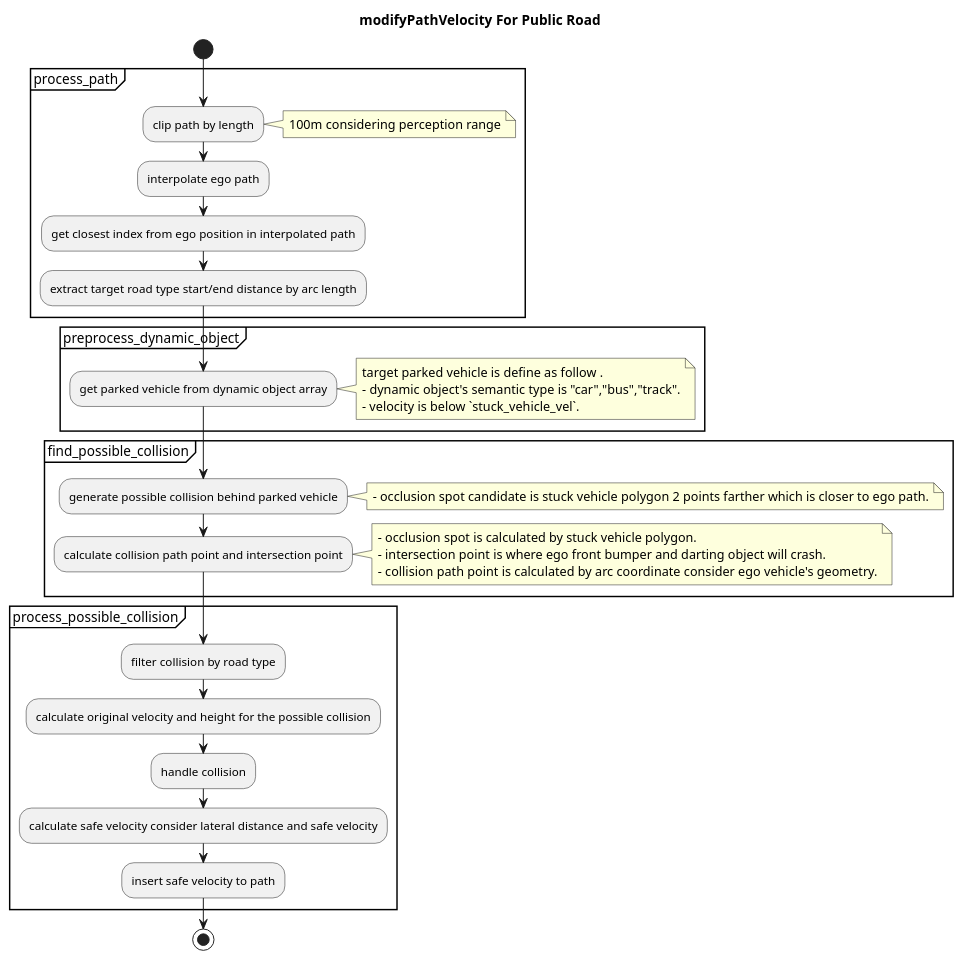
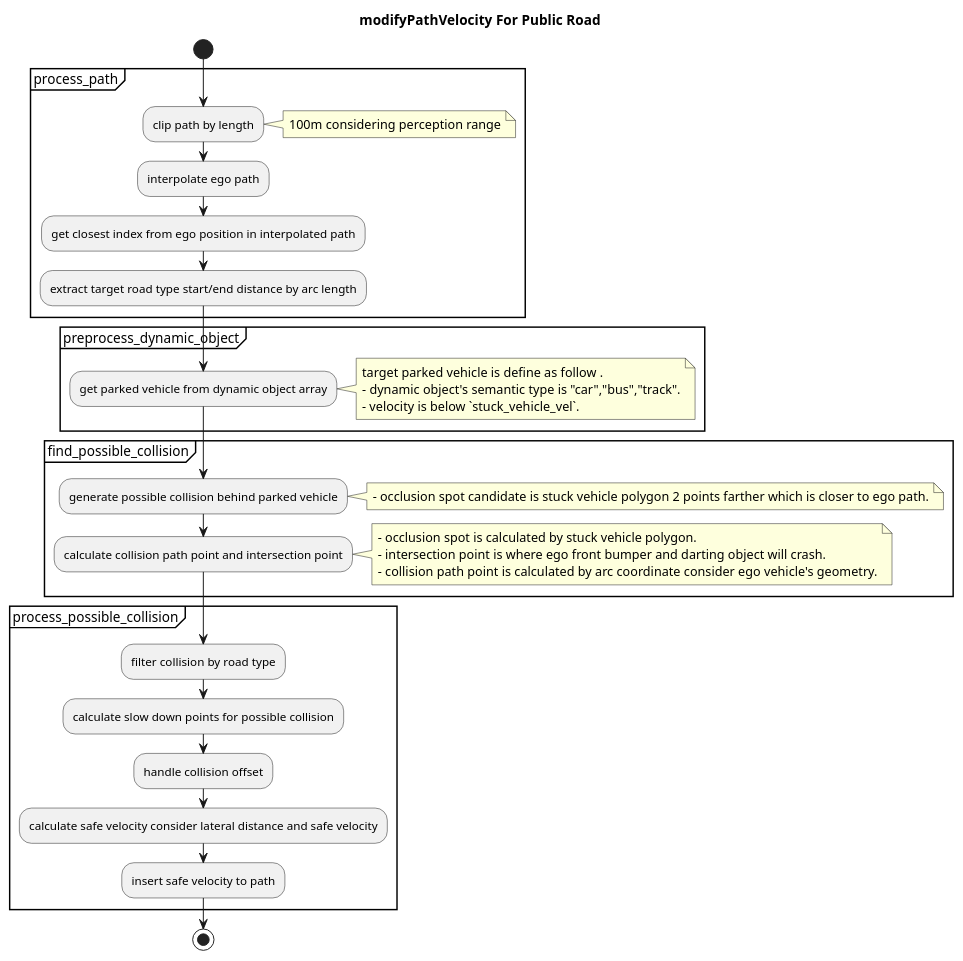
Before and after one commit to autowarefoundation/autoware.universe: the second of 3 diagrams in planning/behavior_velocity_planner/occlusion-spot-design.md, drawn with PlantUML. The commit also changed other lines of this file, not shown here.

Commit message:
doc(behavior_velocity): fix typo

````diff
--- a/planning/behavior_velocity_planner/occlusion-spot-design.md
+++ b/planning/behavior_velocity_planner/occlusion-spot-design.md
@@ -156,44 +156,44 @@
 ```plantuml
 @startuml
 title modifyPathVelocity For Public Road
 start
 
 partition process_path {
 :clip path by length;
 note right
   100m considering perception range
 end note
 :interpolate ego path;
 :get closest index from ego position in interpolated path;
 :extract target road type start/end distance by arc length;
 }
 partition preprocess_dynamic_object {
 :get parked vehicle from dynamic object array;
 note right
   target parked vehicle is define as follow .
   - dynamic object's semantic type is "car","bus","track".
   - velocity is below `stuck_vehicle_vel`.
 end note
 }
 partition find_possible_collision {
 :generate possible collision behind parked vehicle;
 note right
   - occlusion spot candidate is stuck vehicle polygon 2 points farther which is closer to ego path.
 end note
 :calculate collision path point and intersection point;
 note right
   - occlusion spot is calculated by stuck vehicle polygon.
   - intersection point is where ego front bumper and darting object will crash.
   - collision path point is calculated by arc coordinate consider ego vehicle's geometry.
 end note
 }
 partition process_possible_collision {
 :filter collision by road type;
-:calculate original velocity and height for the possible collision;
-:handle collision;
+:calculate slow down points for possible collision;
+:handle collision offset;
 :calculate safe velocity consider lateral distance and safe velocity;
 :insert safe velocity to path;
 }
 stop
 @enduml
 ```
````
